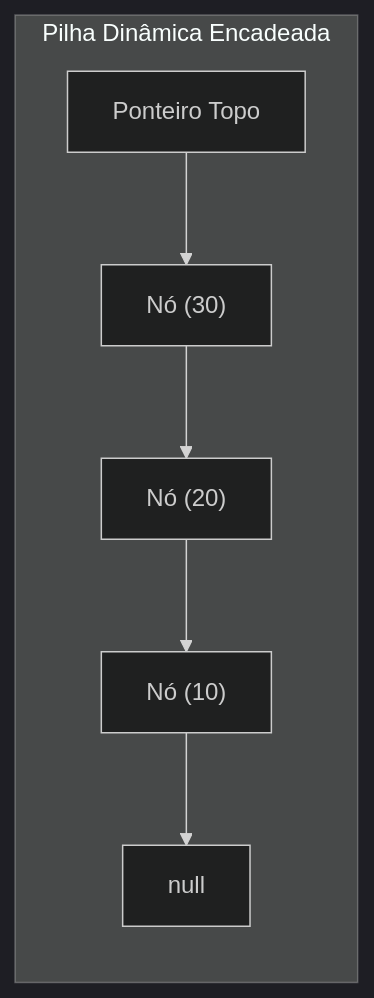
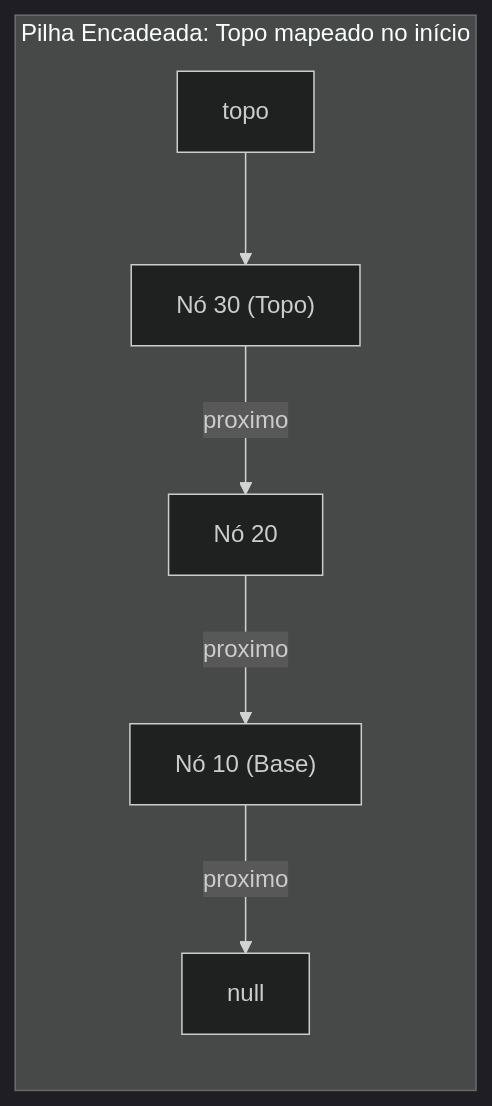
Diagram 26 of 33 in 4º Semestre/[Prof. Wesley Soares] Estrutura de Dados I/Resumos-IA/Caderno-Consolidado.md (murilolol/unifef), drawn with Mermaid (dark theme) before and after one commit. The commit also changed other lines of this file and 18 other files, not shown here.

````diff
--- a/4º Semestre/[Prof. Wesley Soares] Estrutura de Dados I/Resumos-IA/Caderno-Consolidado.md
+++ b/4º Semestre/[Prof. Wesley Soares] Estrutura de Dados I/Resumos-IA/Caderno-Consolidado.md
@@ -1063,9 +1187,9 @@
 ```mermaid
 flowchart LR
-    subgraph PilhaEncadeada["Pilha Dinâmica Encadeada"]
-        TopPtr["Ponteiro Topo"] --> N3["Nó (30)"]
-        N3 --> N2["Nó (20)"]
-        N2 --> N1["Nó (10)"]
-        N1 --> Nulo["null"]
+    subgraph PilhaEncadeada["Pilha Encadeada: Topo mapeado no início"]
+        PtrTopo["topo"] --> N1["Nó 30 (Topo)"]
+        N1 -->|"proximo"| N2["Nó 20"]
+        N2 -->|"proximo"| N3["Nó 10 (Base)"]
+        N3 -->|"proximo"| Nulo["null"]
     end
 ```
````
